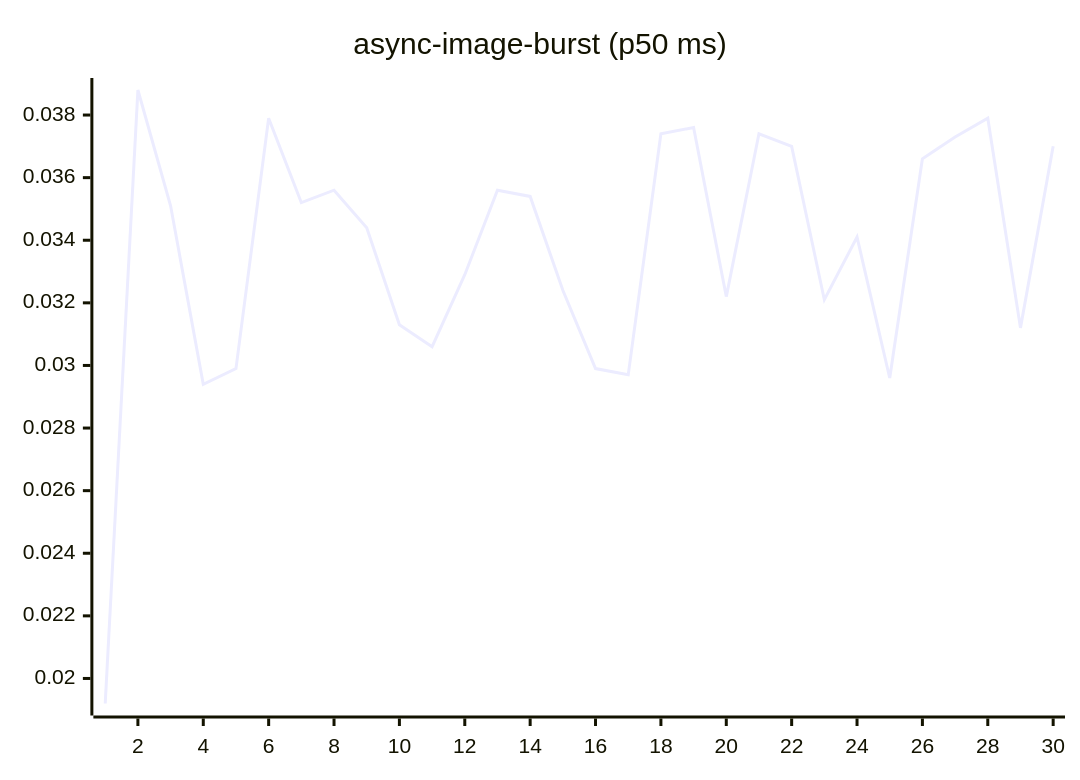
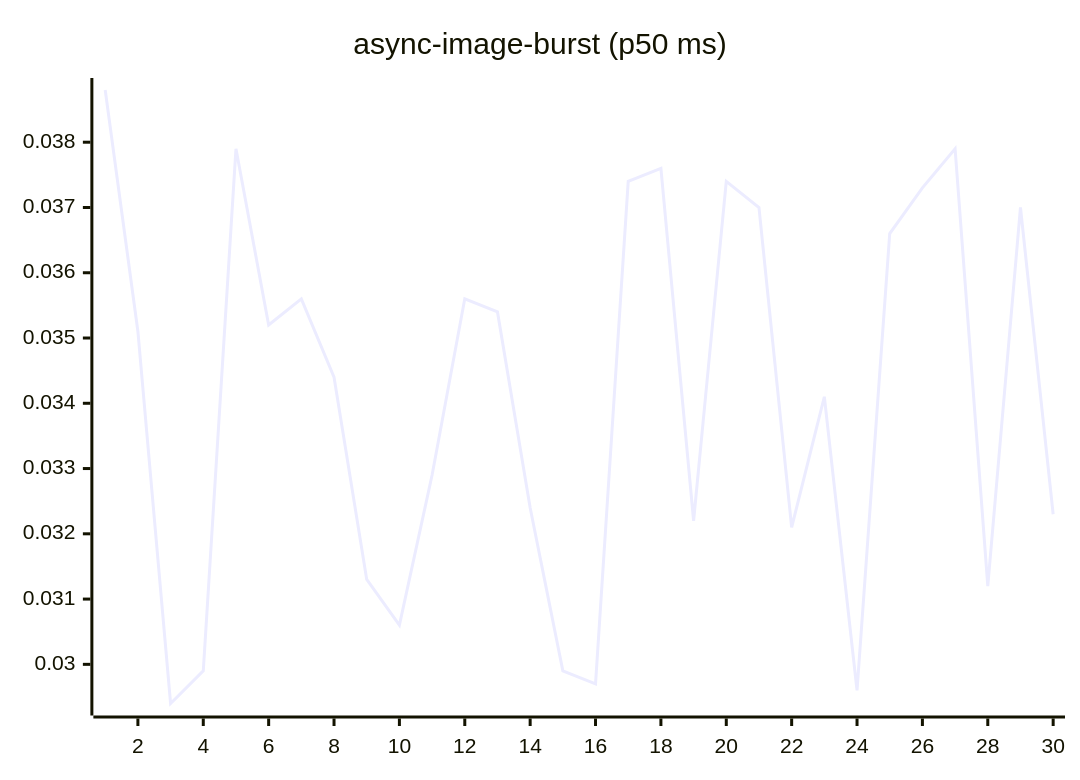
Before and after one commit to josha/Facet: the fourth of 27 diagrams in README.md, drawn with Mermaid. The commit also changed other lines of this file and 2 other files, not shown here.

````diff
--- a/README.md
+++ b/README.md
@@ -84,6 +84,6 @@
 ```mermaid
 xychart-beta
     title "async-image-burst (p50 ms)"
     x-axis 1 --> 30
-    line [0.0192, 0.0388, 0.0351, 0.0294, 0.0299, 0.0379, 0.0352, 0.0356, 0.0344, 0.0313, 0.0306, 0.0329, 0.0356, 0.0354, 0.0324, 0.0299, 0.0297, 0.0374, 0.0376, 0.0322, 0.0374, 0.0370, 0.0321, 0.0341, 0.0296, 0.0366, 0.0373, 0.0379, 0.0312, 0.0370]
+    line [0.0388, 0.0351, 0.0294, 0.0299, 0.0379, 0.0352, 0.0356, 0.0344, 0.0313, 0.0306, 0.0329, 0.0356, 0.0354, 0.0324, 0.0299, 0.0297, 0.0374, 0.0376, 0.0322, 0.0374, 0.0370, 0.0321, 0.0341, 0.0296, 0.0366, 0.0373, 0.0379, 0.0312, 0.0370, 0.0323]
 ```
````
